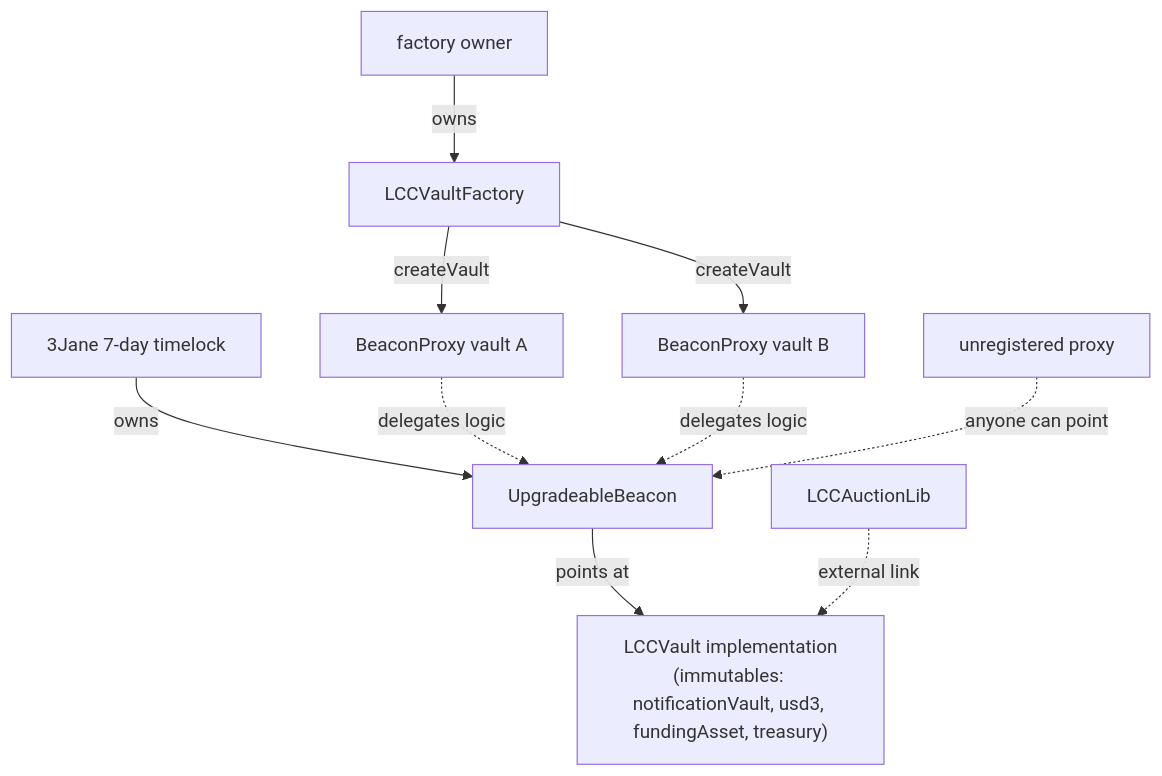
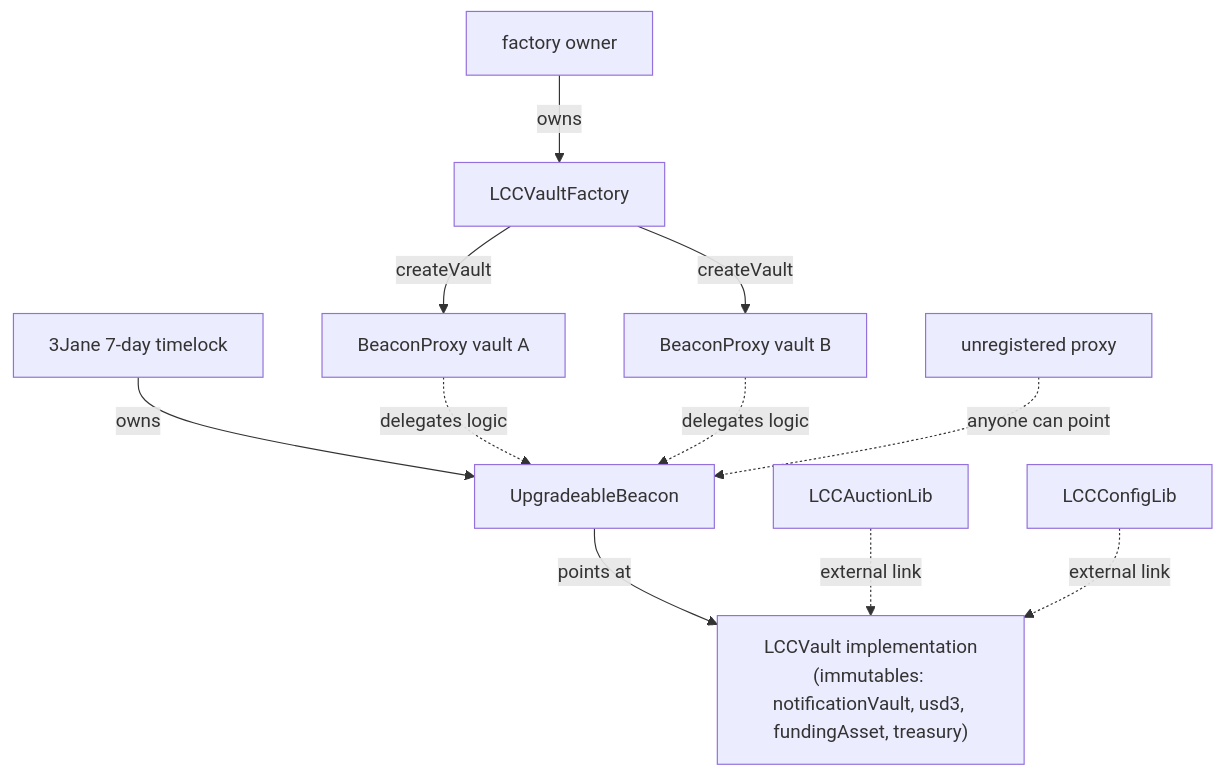
Before and after one commit to 3jane-protocol/moneymarket-contracts: the seventh of 7 diagrams in src/lcc/README.md, drawn with Mermaid. The commit also changed other lines of this file and 8 other files, not shown here.

First line of the commit message:
refactor(lcc): link LCCConfigLib externally to reclaim initializer bytecode

````diff
--- a/src/lcc/README.md
+++ b/src/lcc/README.md
@@ -552,12 +552,13 @@
 ```mermaid
 flowchart TD
     TL["3Jane 7-day timelock"] -->|owns| BE["UpgradeableBeacon"]
     BE -->|points at| IMPL["LCCVault implementation<br/>(immutables: notificationVault, usd3, fundingAsset, treasury)"]
-    LIB["LCCAuctionLib"] -.->|external link| IMPL
+    ALIB["LCCAuctionLib"] -.->|external link| IMPL
+    CLIB["LCCConfigLib"] -.->|external link| IMPL
     FO["factory owner"] -->|owns| FAC["LCCVaultFactory"]
     FAC -->|createVault| P1["BeaconProxy vault A"]
     FAC -->|createVault| P2["BeaconProxy vault B"]
     P1 -.->|delegates logic| BE
     P2 -.->|delegates logic| BE
     RP["unregistered proxy"] -.->|anyone can point| BE
 ```
````
